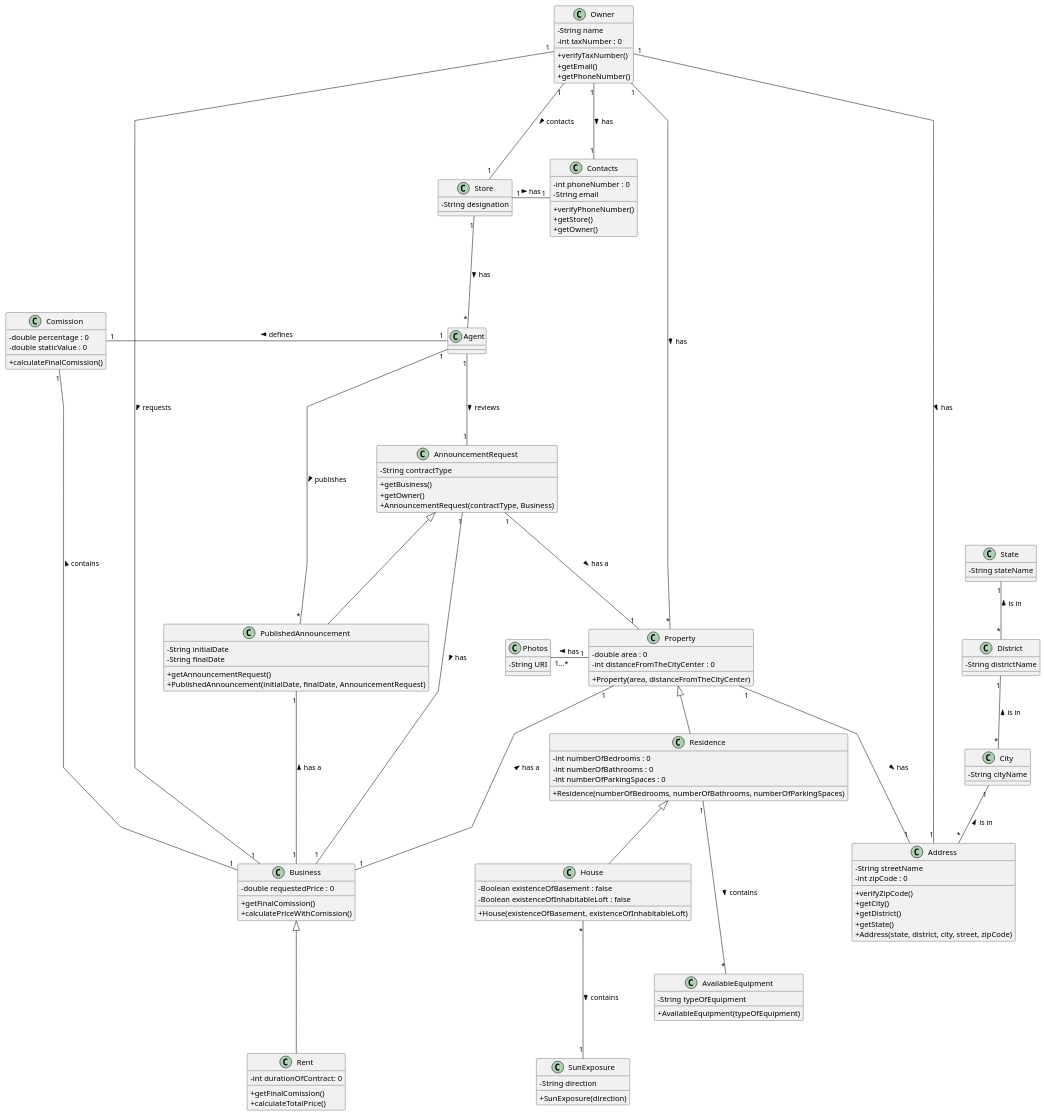
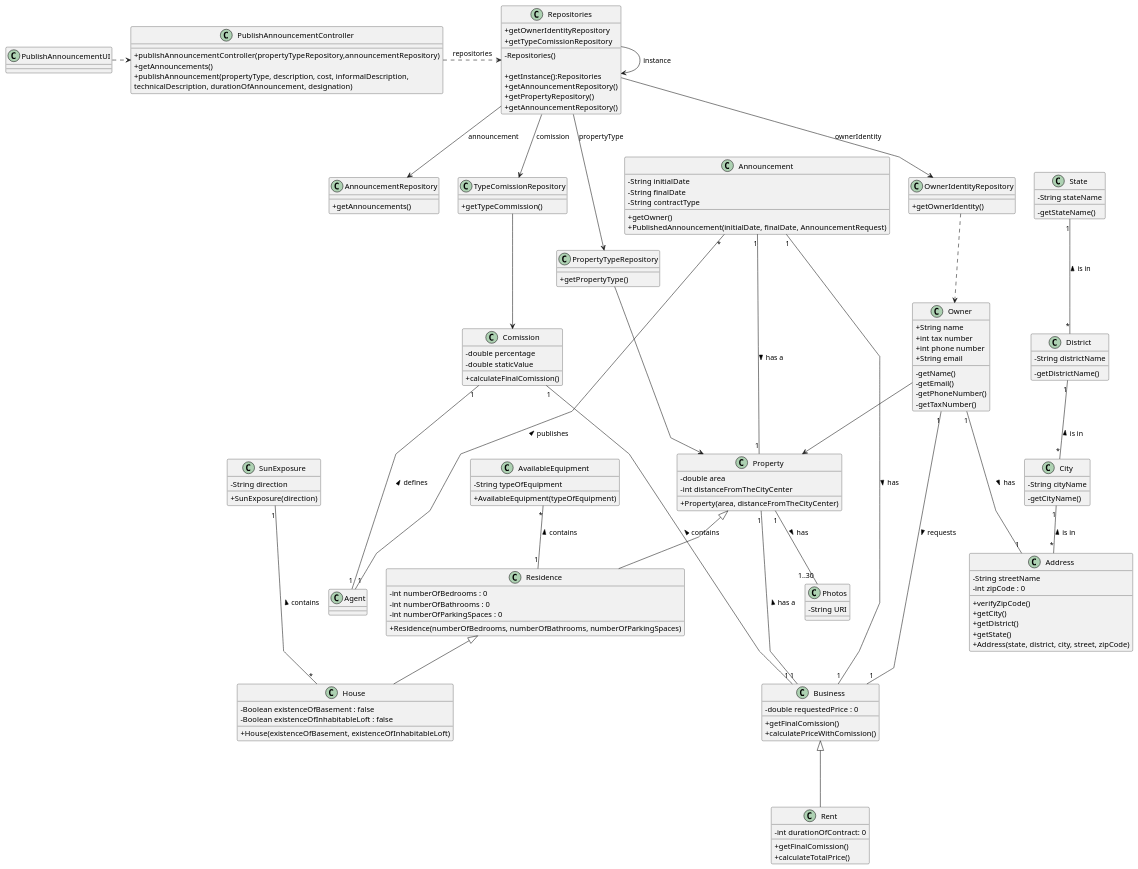
The diagram in docs/sprintB/US02/03.design/puml/us02-class-diagram.puml (PureNimble/ISEP-LAPR2), drawn with PlantUML before and after one commit.

Commit message:
Class Diagram (new)

```diff
--- a/docs/sprintB/US02/03.design/puml/us02-class-diagram.puml
+++ b/docs/sprintB/US02/03.design/puml/us02-class-diagram.puml
@@ -9,76 +9,52 @@
 
 'left to right direction
 
-class Address {
-    -String streetName
-    -int zipCode : 0
 
-    +verifyZipCode()
-    +getCity()
-    +getDistrict()
-    +getState()
-    +Address(state, district, city, street, zipCode)
+class PublishAnnouncementUI
+
+
+class PublishAnnouncementController {
+    + publishAnnouncementController(propertyTypeRepository,announcementRepository)
+    + getAnnouncements()
+    + publishAnnouncement(propertyType, description, cost, informalDescription,\ntechnicalDescription, durationOfAnnouncement, designation)
+}
+
+PublishAnnouncementUI .> PublishAnnouncementController
+
+class Repositories {
+-Repositories()
+
++getInstance():Repositories
++getAnnouncementRepository()
++getPropertyRepository()
++getOwnerIdentityRepository
++getTypeComissionRepository
 
 }
 
-class City {
-    - String cityName
+class AnnouncementRepository {
+    + getAnnouncements()
 }
 
-class District {
-    - String districtName
+class PropertyTypeRepository{
+    + getPropertyType()
 }
 
-class State {
-    - String stateName
+class OwnerIdentityRepository{
++getOwnerIdentity()
+}
+
+class TypeComissionRepository{
++ getTypeCommission()
 }
 
 
 
 
-class Contacts {
-    - int phoneNumber : 0
-    - String email
-
-    +verifyPhoneNumber()
-    +getStore()
-    +getOwner()
-}
-
-class Business {
-    - double requestedPrice : 0
-
-    +getFinalComission()
-    +calculatePriceWithComission()
-}
-
-class Store {
-    - String designation
-}
-
-class Owner {
-    - String name
-    - int taxNumber : 0
-
-    +verifyTaxNumber()
-    +getEmail()
-    +getPhoneNumber()
-}
-
-
-
-
-class Residence {
-    - int numberOfBedrooms : 0
-    - int numberOfBathrooms : 0
-    - int numberOfParkingSpaces : 0
-
-    +Residence(numberOfBedrooms, numberOfBathrooms, numberOfParkingSpaces)
-}
 
 class Property {
-    - double area : 0
-    - int distanceFromTheCityCenter : 0
+    - double area
+    - int distanceFromTheCityCenter
 
     +Property(area, distanceFromTheCityCenter)
 }
@@ -92,6 +68,14 @@
     - Boolean existenceOfInhabitableLoft : false
 
     +House(existenceOfBasement, existenceOfInhabitableLoft)
+}
+
+class Residence {
+ - int numberOfBedrooms : 0
+ - int numberOfBathrooms : 0
+ - int numberOfParkingSpaces : 0
+
+    +Residence(numberOfBedrooms, numberOfBathrooms, numberOfParkingSpaces)
 }
 
 class SunExposure {
@@ -108,9 +92,58 @@
 
 
 
+
+
+class Owner{
++String name
++int tax number
++int phone number
++String email
+
+-getName()
+-getEmail()
+-getPhoneNumber()
+-getTaxNumber()
+}
+
+class Address {
+    -String streetName
+    -int zipCode : 0
+
+    +verifyZipCode()
+    +getCity()
+    +getDistrict()
+    +getState()
+    +Address(state, district, city, street, zipCode)
+
+}
+
+class City {
+    - String cityName
+
+    -getCityName()
+}
+
+class District {
+    - String districtName
+
+    -getDistrictName()
+}
+
+class State {
+    - String stateName
+
+    -getStateName()
+}
+
+
+
+
+
+
 class Comission{
-     - double percentage : 0
-     - double staticValue : 0
+     - double percentage
+     - double staticValue
 
     + calculateFinalComission()
 }
@@ -123,53 +156,65 @@
     +calculateTotalPrice()
 }
 
-class AnnouncementRequest {
+class Announcement {
+    - String initialDate
+    - String finalDate
     - String contractType
 
-    +getBusiness()
     +getOwner()
-    +AnnouncementRequest(contractType, Business)
+    +PublishedAnnouncement(initialDate, finalDate, AnnouncementRequest)
 }
 
-class PublishedAnnouncement {
-    - String initialDate
-    - String finalDate
+class Business {
+    - double requestedPrice : 0
 
-    +getAnnouncementRequest()
-    +PublishedAnnouncement(initialDate, finalDate, AnnouncementRequest)
+    +getFinalComission()
+    +calculatePriceWithComission()
 }
+
+class Repositories
+{
+    + getAnnouncementRepository()
+}
+
+
+
+PublishAnnouncementController .> Repositories : repositories
+Repositories --> Repositories :instance
+Repositories --> OwnerIdentityRepository : ownerIdentity
+Repositories --> TypeComissionRepository : comission
+Repositories --> AnnouncementRepository : announcement
+Repositories --> PropertyTypeRepository : propertyType
+
+
+
+PropertyTypeRepository --> Property
+Residence <|-- House
+Property <|-- Residence
+Property "1" -- "1..30" Photos: has >
+SunExposure "1" --- "*" House: contains <
+AvailableEquipment "*" -- "1" Residence: contains <
+
+
+
 
 City "1"-- "*" Address: is in <
 District "1"-- "*" City: is in <
 State "1"-- "*" District: is in <
+Owner "1" --- "1" Address: has >
+OwnerIdentityRepository ..> Owner
+Owner --> Property
 
 
-Owner "1" -down-- "1" Contacts: has >
-Store "1" -right-- "1" Contacts: has >
-Address "1" -left-- "1" Owner: has <
-Owner "1" -down-- "1" Store: contacts >
-Agent "*" -up-- "1" Store: has <
 
-
-Residence <|-down- House
-Property <|-down- Residence
-Property "1" -left-- "1...*" Photos: has >
-SunExposure "1" -up-- "*" House: contains <
-Address "1" -up-- "1" Property: has <
-Owner "1" -down-- "*" Property: has >
-AvailableEquipment "*" -up-- "1" Residence: contains <
-
-
-Comission "1" -right-- "1" Agent: defines <
+TypeComissionRepository --> Comission
+Comission "1" --- "1" Agent: defines <
 Comission "1" --- "1" Business: contains <
 Owner "1" --- "1" Business: requests >
 Property "1" --- "1" Business: has a <
-AnnouncementRequest "1" --- "1" Business: has >
-Agent "1" --- "1" AnnouncementRequest : reviews >
-AnnouncementRequest "1" --- "1" Property: has a >
-AnnouncementRequest  <|---  PublishedAnnouncement
-PublishedAnnouncement "*" --- "1" Agent: publishes <
-PublishedAnnouncement "1" --- "1" Business: has a <
+Announcement "1" --- "1" Business: has >
+Announcement "1" --- "1" Property: has a >
+Announcement "*" --- "1" Agent: publishes <
 Business <|--- Rent
 
 
```
